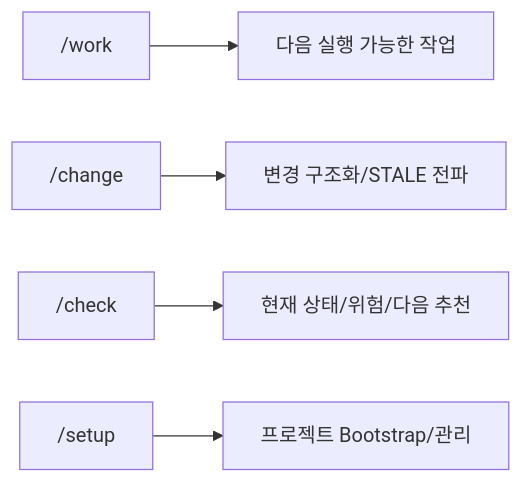
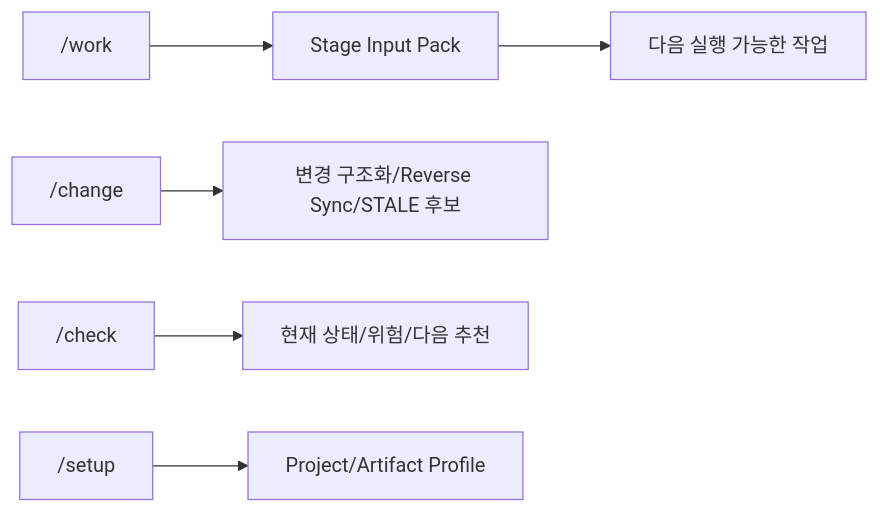
The first of 2 diagrams in sdlc/guides/02_SKILL_사용가이드.md (Seunghyun0606/SDLC_DDD_SDD), drawn with Mermaid before and after one commit. The commit also changed other lines of this file and 5 other files, not shown here.

````diff
--- a/sdlc/guides/02_SKILL_사용가이드.md
+++ b/sdlc/guides/02_SKILL_사용가이드.md
@@ -5,7 +5,8 @@
 ```mermaid
 flowchart LR
-    W["/work"] --> N["다음 실행 가능한 작업"]
-    C["/change"] --> S["변경 구조화/STALE 전파"]
+    W["/work"] --> P["Stage Input Pack"]
+    P --> N["다음 실행 가능한 작업"]
+    C["/change"] --> S["변경 구조화/Reverse Sync/STALE 후보"]
     K["/check"] --> V["현재 상태/위험/다음 추천"]
-    U["/setup"] --> P["프로젝트 Bootstrap/관리"]
+    U["/setup"] --> R["Project/Artifact Profile"]
 ```
````
